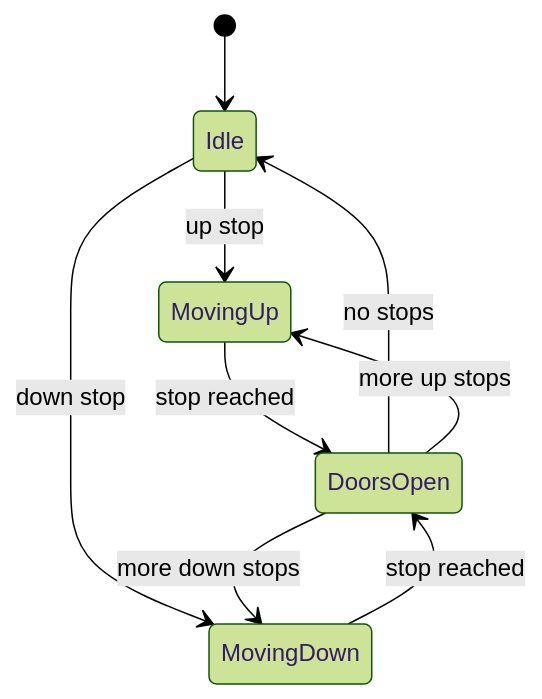
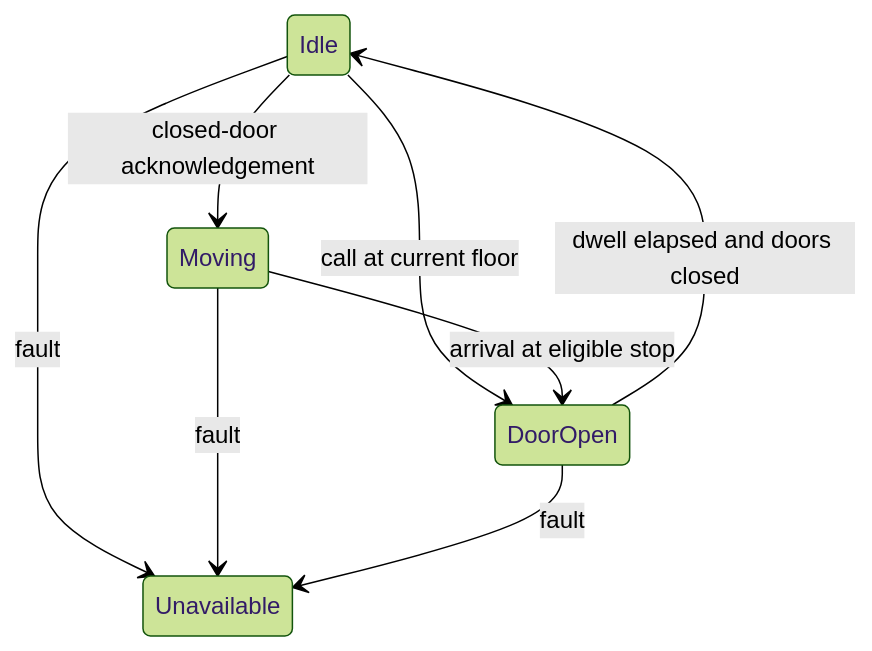
Before and after one commit to Anilinfo2015/anilinfo2015.github.io: the diagram in low-level-design/elevator-system.md, drawn with Mermaid (forest theme). The commit also changed other lines of this file and 58 other files, not shown here.

````diff
--- a/low-level-design/elevator-system.md
+++ b/low-level-design/elevator-system.md
@@ -179,11 +26,10 @@
 ```mermaid
 stateDiagram-v2
-    [*] --> Idle
-    Idle --> MovingUp: up stop
-    Idle --> MovingDown: down stop
-    MovingUp --> DoorsOpen: stop reached
-    MovingDown --> DoorsOpen: stop reached
-    DoorsOpen --> Idle: no stops
-    DoorsOpen --> MovingUp: more up stops
-    DoorsOpen --> MovingDown: more down stops
+    Idle --> Moving: closed-door acknowledgement
+    Idle --> DoorOpen: call at current floor
+    Moving --> DoorOpen: arrival at eligible stop
+    DoorOpen --> Idle: dwell elapsed and doors closed
+    Idle --> Unavailable: fault
+    Moving --> Unavailable: fault
+    DoorOpen --> Unavailable: fault
 ```
````
